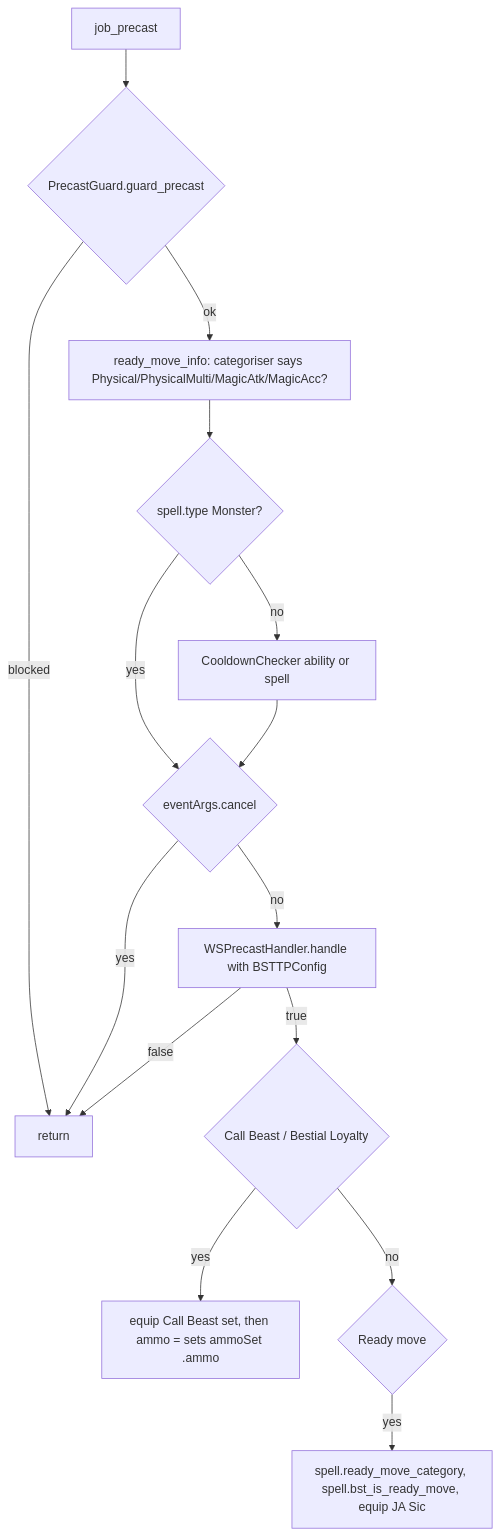
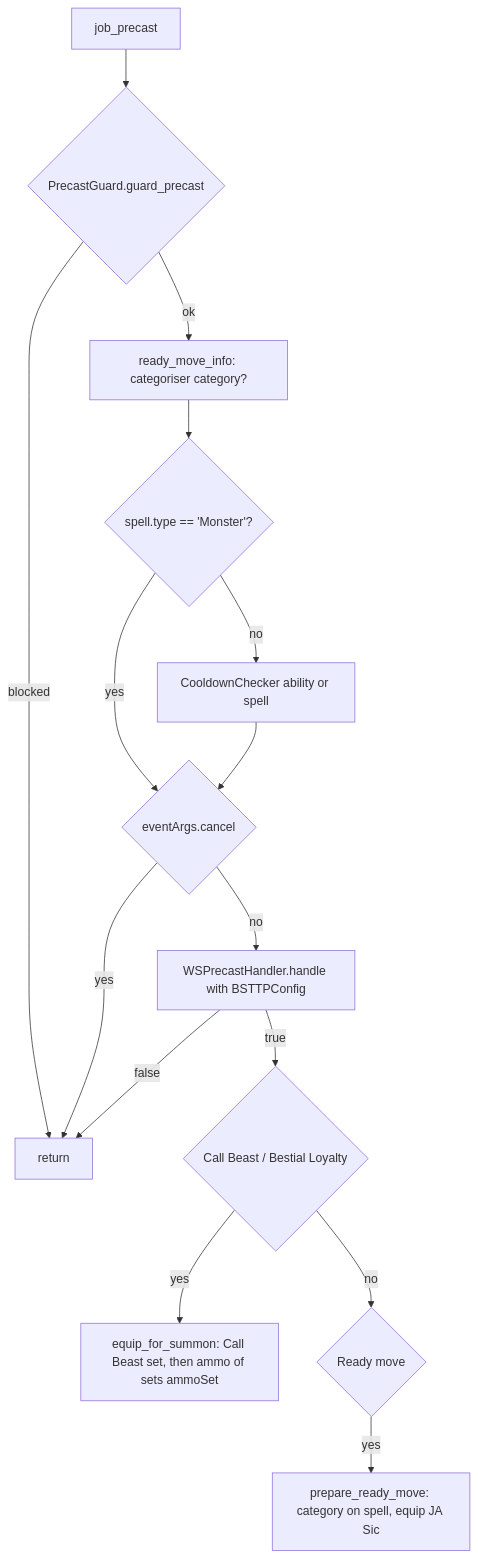
The second of 4 diagrams in docs/dev/jobs/bst.md (ejouanchicot/Gearswap), drawn with Mermaid before and after one commit. The commit also changed other lines of this file and 6 other files, not shown here.

````diff
--- a/docs/dev/jobs/bst.md
+++ b/docs/dev/jobs/bst.md
@@ -160,17 +160,17 @@
 ```mermaid
 flowchart TD
     A[job_precast] --> B{PrecastGuard.guard_precast}
     B -- blocked --> Z[return]
-    B -- ok --> C[ready_move_info: categoriser says Physical/PhysicalMulti/MagicAtk/MagicAcc?]
-    C --> D{spell.type Monster?}
+    B -- ok --> C[ready_move_info: categoriser category?]
+    C --> D{spell.type == 'Monster'?}
     D -- no --> E[CooldownChecker ability or spell]
     D -- yes --> G
     E --> G{eventArgs.cancel}
     G -- yes --> Z
     G -- no --> H[WSPrecastHandler.handle with BSTTPConfig]
     H -- false --> Z
     H -- true --> I{Call Beast / Bestial Loyalty}
-    I -- yes --> J[equip Call Beast set, then ammo = sets ammoSet .ammo]
+    I -- yes --> J[equip_for_summon: Call Beast set, then ammo of sets ammoSet]
     I -- no --> K{Ready move}
-    K -- yes --> L[spell.ready_move_category, spell.bst_is_ready_move, equip JA Sic]
+    K -- yes --> L[prepare_ready_move: category on spell, equip JA Sic]
 ```
````
